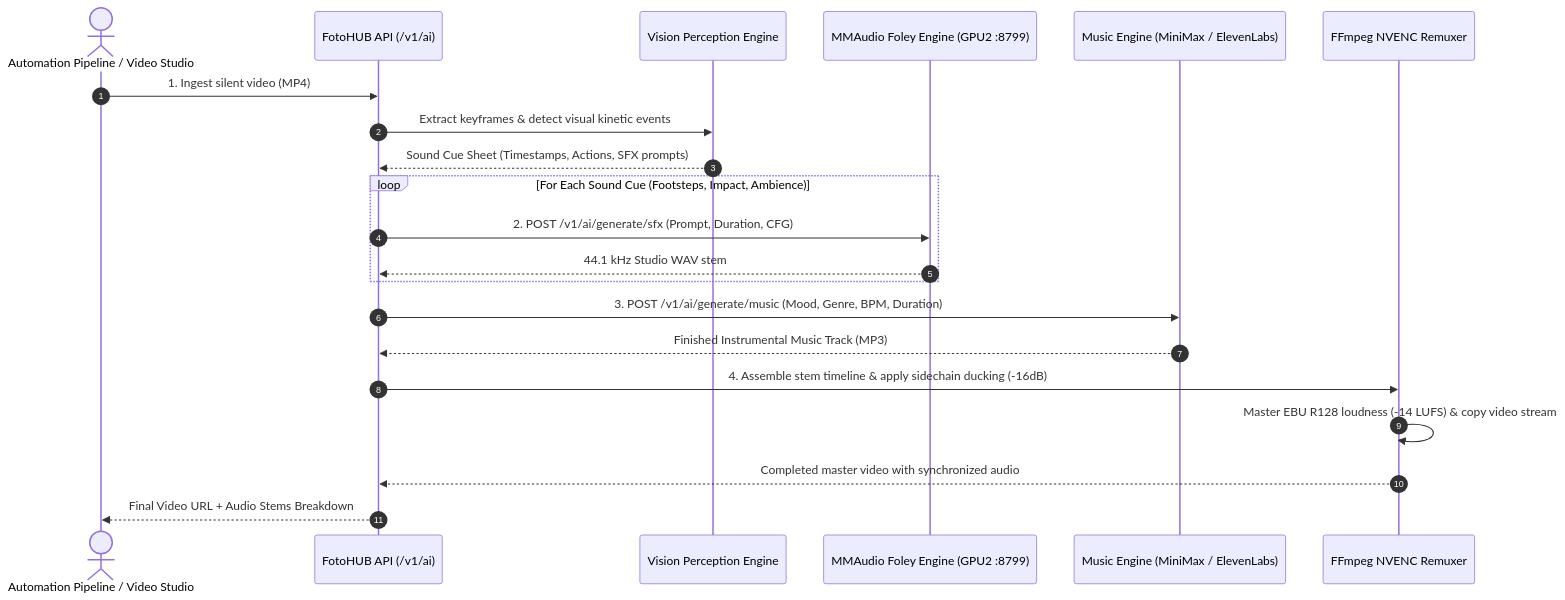
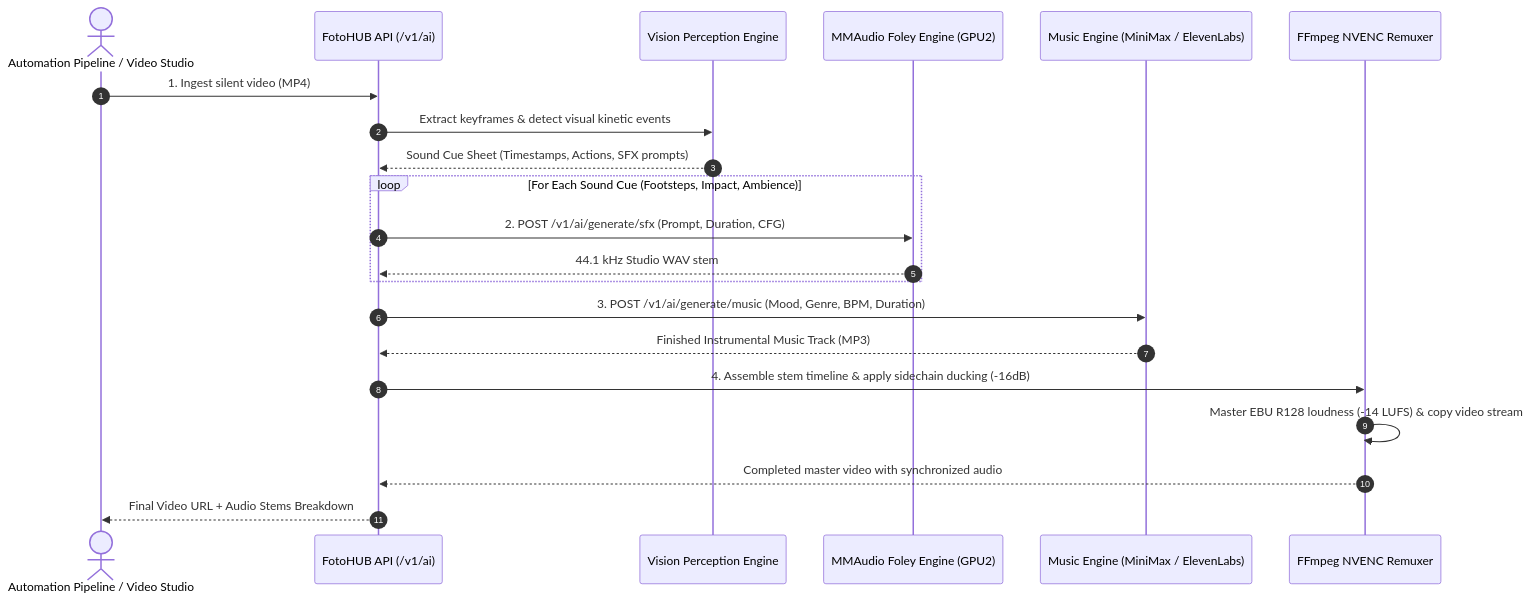
The first of 2 diagrams in recipes/video-sound-design.md (fotohubapp/docs), drawn with Mermaid before and after one commit. The commit also changed other lines of this file and 91 other files, not shown here.

````diff
--- a/recipes/video-sound-design.md
+++ b/recipes/video-sound-design.md
@@ -19,24 +19,24 @@
 ```mermaid
 sequenceDiagram
     autonumber
     actor Client as Automation Pipeline / Video Studio
     participant API as FotoHUB API (/v1/ai)
     participant Vision as Vision Perception Engine
-    participant MMAudio as MMAudio Foley Engine (GPU2 :8799)
+    participant MMAudio as MMAudio Foley Engine (GPU2)
     participant Music as Music Engine (MiniMax / ElevenLabs)
     participant Mixer as FFmpeg NVENC Remuxer
 
     Client->>API: 1. Ingest silent video (MP4)
     API->>Vision: Extract keyframes & detect visual kinetic events
     Vision-->>API: Sound Cue Sheet (Timestamps, Actions, SFX prompts)
     loop For Each Sound Cue (Footsteps, Impact, Ambience)
         API->>MMAudio: 2. POST /v1/ai/generate/sfx (Prompt, Duration, CFG)
         MMAudio-->>API: 44.1 kHz Studio WAV stem
     end
     API->>Music: 3. POST /v1/ai/generate/music (Mood, Genre, BPM, Duration)
     Music-->>API: Finished Instrumental Music Track (MP3)
     API->>Mixer: 4. Assemble stem timeline & apply sidechain ducking (-16dB)
     Mixer->>Mixer: Master EBU R128 loudness (-14 LUFS) & copy video stream
     Mixer-->>API: Completed master video with synchronized audio
     API-->>Client: Final Video URL + Audio Stems Breakdown
 ```
````
